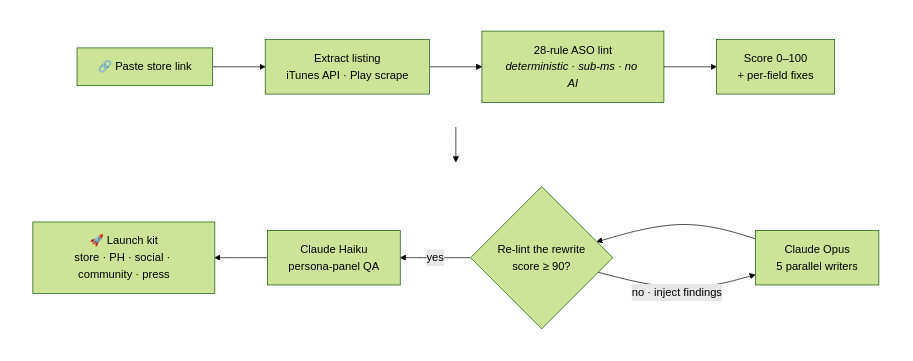
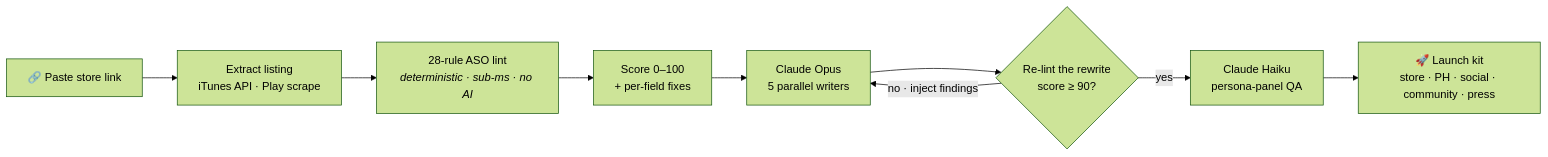
Before and after one commit to edycutjong/launchcopilot: the diagram in README.md, drawn with Mermaid (forest theme). The commit also changed other lines of this file, not shown here.

Commit message:
docs(readme): revert architecture diagram to plain linear flowchart
The serpentine/snake layout rendered with a large empty gap between rows on
GitHub's Mermaid renderer. Restore the simple left-to-right flowchart.

````diff
--- a/README.md
+++ b/README.md
@@ -70,16 +70,11 @@
 ```mermaid
-flowchart TB
-  subgraph r1[" "]
-    direction LR
-    A["🔗 Paste store link"] --> B["Extract listing<br/>iTunes API · Play scrape"] --> C["28-rule ASO lint<br/><i>deterministic · sub-ms · no AI</i>"] --> D["Score 0–100<br/>+ per-field fixes"]
-  end
-  subgraph r2[" "]
-    direction RL
-    E["Claude Opus<br/>5 parallel writers"] --> F{"Re-lint the rewrite<br/>score ≥ 90?"}
-    F -- "yes" --> G["Claude Haiku<br/>persona-panel QA"] --> H["🚀 Launch kit<br/>store · PH · social · community · press"]
-    F -- "no · inject findings" --> E
-  end
-  D --> E
-  style r1 fill:none,stroke:none
-  style r2 fill:none,stroke:none
+flowchart LR
+  A["🔗 Paste store link"] --> B["Extract listing<br/>iTunes API · Play scrape"]
+  B --> C["28-rule ASO lint<br/><i>deterministic · sub-ms · no AI</i>"]
+  C --> D["Score 0–100<br/>+ per-field fixes"]
+  D --> E["Claude Opus<br/>5 parallel writers"]
+  E --> F{"Re-lint the rewrite<br/>score ≥ 90?"}
+  F -- "no · inject findings" --> E
+  F -- "yes" --> G["Claude Haiku<br/>persona-panel QA"]
+  G --> H["🚀 Launch kit<br/>store · PH · social · community · press"]
 ```
````
